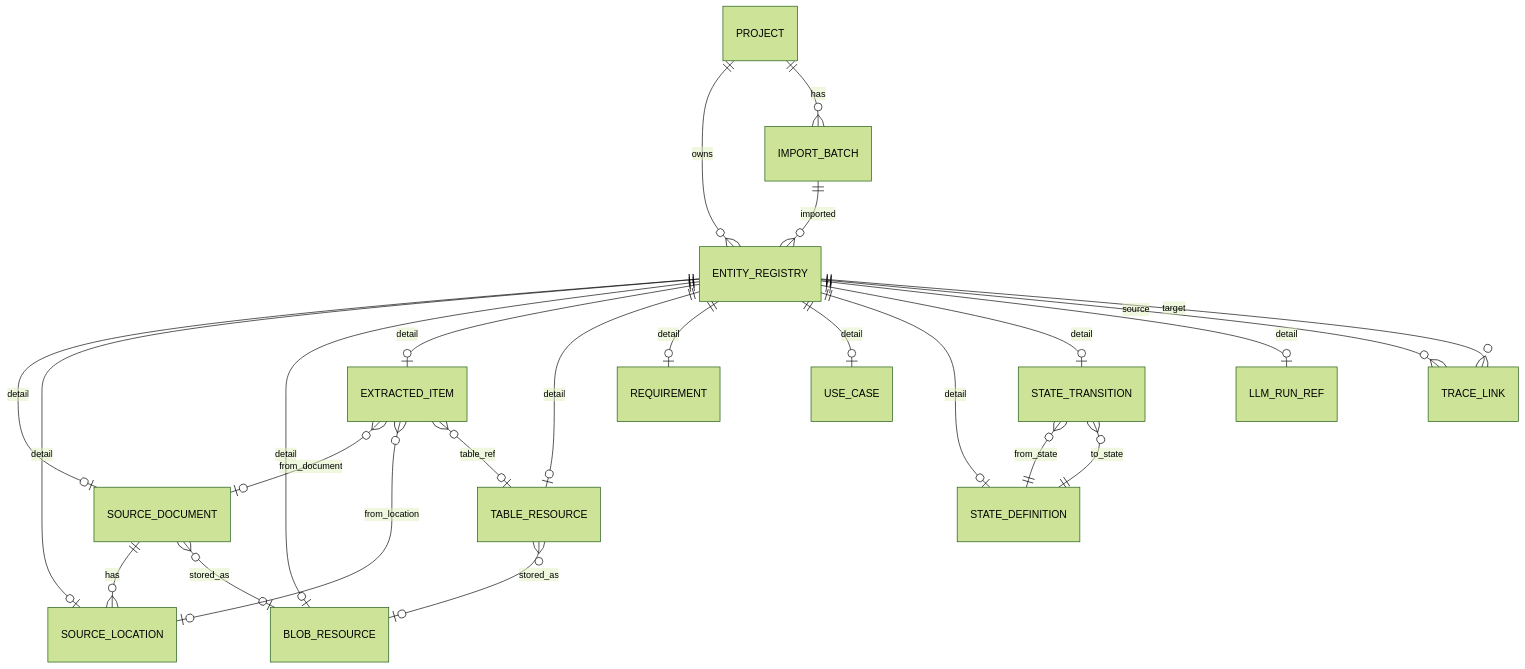
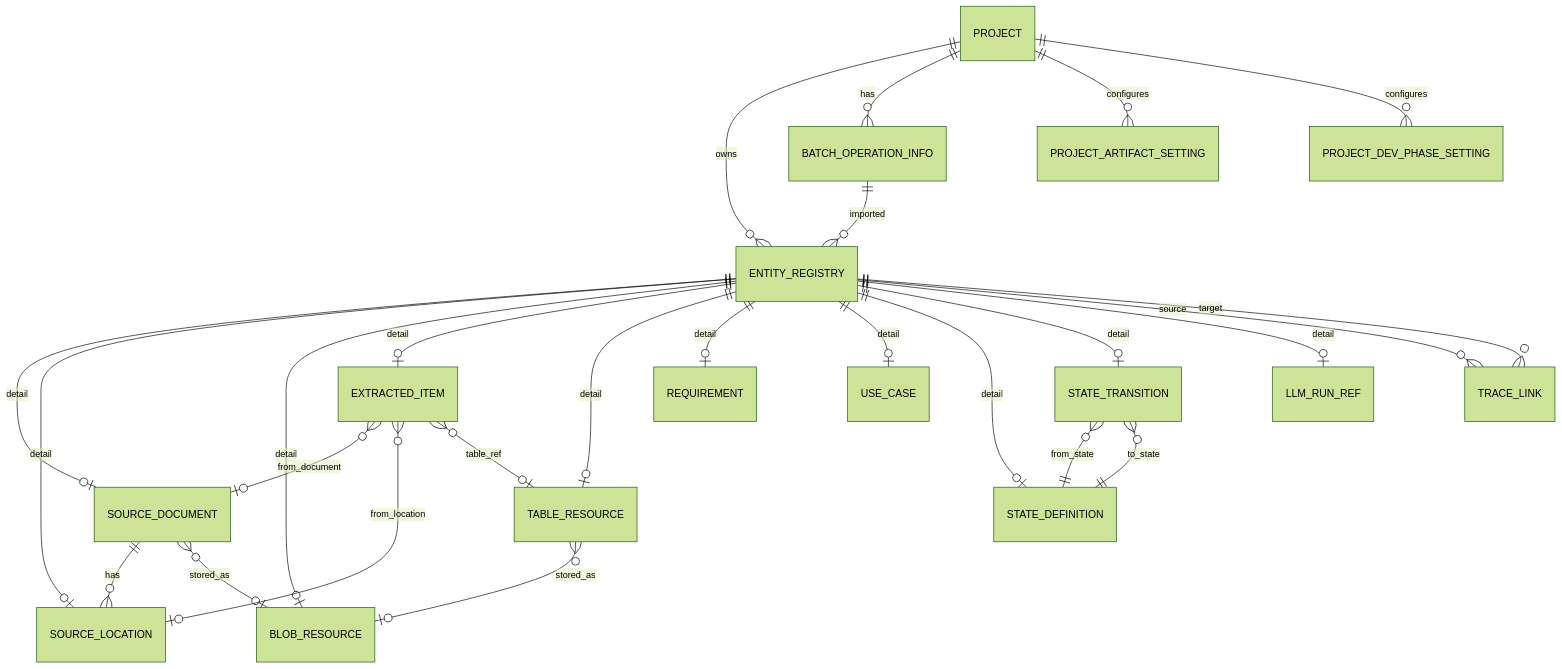
One commit to kfuruichi0920/d2d changed the diagram in docs/sdd_data_structure.md. Above: the diagram before and after it, drawn with Mermaid (forest theme). The commit also changed other lines of this file, not shown here.

````diff
--- a/docs/sdd_data_structure.md
+++ b/docs/sdd_data_structure.md
@@ -76,31 +78,33 @@
 ```mermaid
 erDiagram
     PROJECT ||--o{ ENTITY_REGISTRY : owns
-    PROJECT ||--o{ IMPORT_BATCH : has
+    PROJECT ||--o{ BATCH_OPERATION_INFO : has
+    PROJECT ||--o{ PROJECT_ARTIFACT_SETTING : configures
+    PROJECT ||--o{ PROJECT_DEV_PHASE_SETTING : configures
 
     ENTITY_REGISTRY ||--o| SOURCE_DOCUMENT : detail
     ENTITY_REGISTRY ||--o| SOURCE_LOCATION : detail
     ENTITY_REGISTRY ||--o| BLOB_RESOURCE : detail
     ENTITY_REGISTRY ||--o| EXTRACTED_ITEM : detail
     ENTITY_REGISTRY ||--o| TABLE_RESOURCE : detail
     ENTITY_REGISTRY ||--o| REQUIREMENT : detail
     ENTITY_REGISTRY ||--o| USE_CASE : detail
     ENTITY_REGISTRY ||--o| STATE_DEFINITION : detail
     ENTITY_REGISTRY ||--o| STATE_TRANSITION : detail
     ENTITY_REGISTRY ||--o| LLM_RUN_REF : detail
 
     SOURCE_DOCUMENT ||--o{ SOURCE_LOCATION : has
     SOURCE_DOCUMENT }o--o| BLOB_RESOURCE : stored_as
-    IMPORT_BATCH ||--o{ ENTITY_REGISTRY : imported
+    BATCH_OPERATION_INFO ||--o{ ENTITY_REGISTRY : imported
 
     EXTRACTED_ITEM }o--o| SOURCE_DOCUMENT : from_document
     EXTRACTED_ITEM }o--o| SOURCE_LOCATION : from_location
     EXTRACTED_ITEM }o--o| TABLE_RESOURCE : table_ref
     TABLE_RESOURCE }o--o| BLOB_RESOURCE : stored_as
 
     STATE_TRANSITION }o--|| STATE_DEFINITION : from_state
     STATE_TRANSITION }o--|| STATE_DEFINITION : to_state
 
     ENTITY_REGISTRY ||--o{ TRACE_LINK : source
     ENTITY_REGISTRY ||--o{ TRACE_LINK : target
 ```
````
